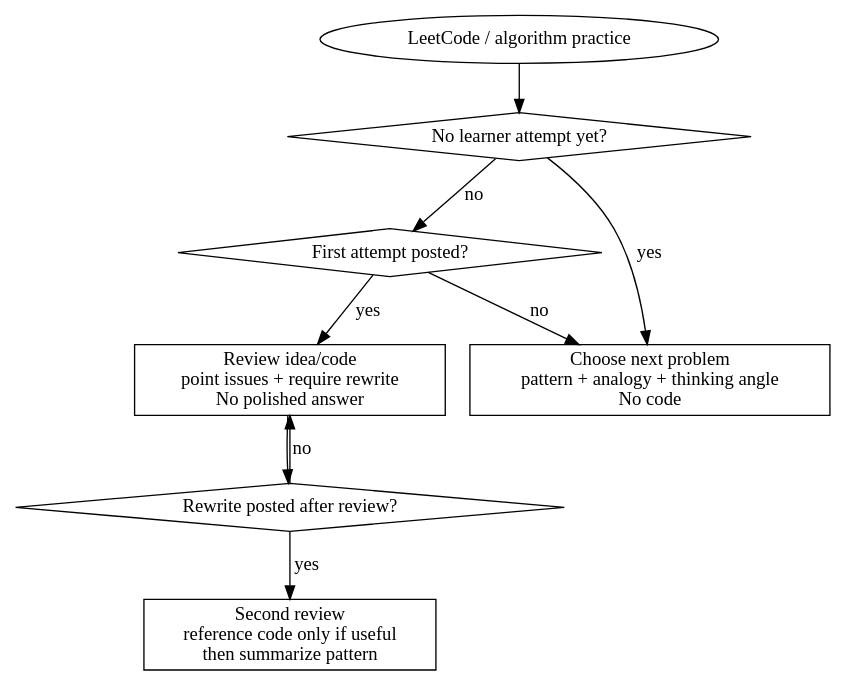
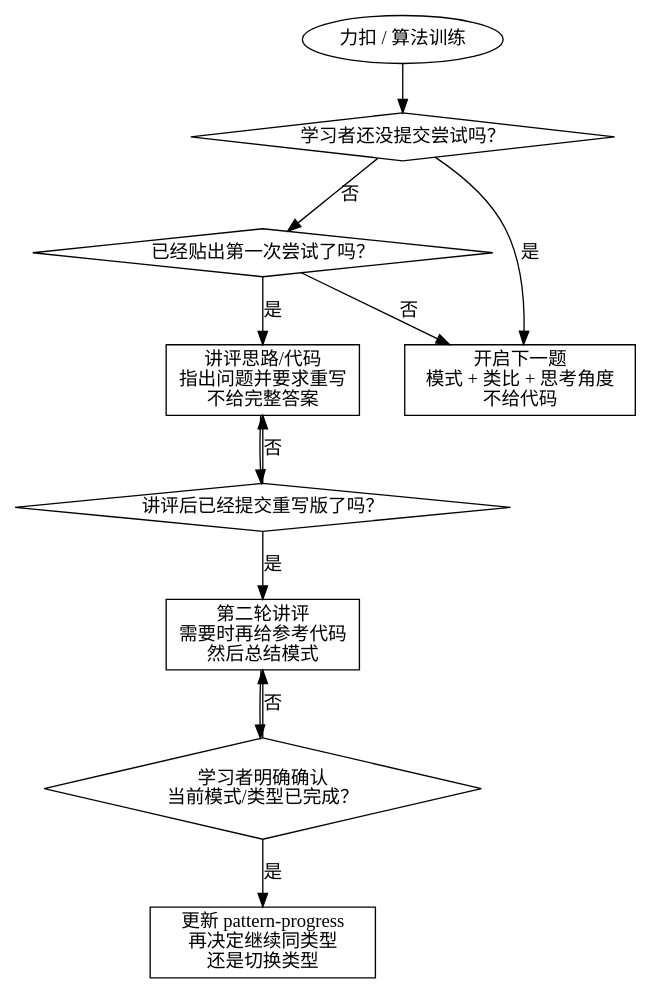
Before and after one commit to CAN1177/AI-toolkit: the diagram in skills/leetcode-coach/SKILL.md, drawn with Graphviz. The commit also changed other lines of this file and 5 other files, not shown here.

````diff
--- a/skills/leetcode-coach/SKILL.md
+++ b/skills/leetcode-coach/SKILL.md
@@ -39,21 +39,26 @@
 ```dot
 digraph coach_flow {
     rankdir=TB;
-    start [label="LeetCode / algorithm practice", shape=ellipse];
-    fresh [label="No learner attempt yet?", shape=diamond];
-    first_review [label="First attempt posted?", shape=diamond];
-    rewritten [label="Rewrite posted after review?", shape=diamond];
-    open [label="Choose next problem\npattern + analogy + thinking angle\nNo code", shape=box];
-    critique [label="Review idea/code\npoint issues + require rewrite\nNo polished answer", shape=box];
-    final [label="Second review\nreference code only if useful\nthen summarize pattern", shape=box];
+    start [label="力扣 / 算法训练", shape=ellipse];
+    fresh [label="学习者还没提交尝试吗？", shape=diamond];
+    first_review [label="已经贴出第一次尝试了吗？", shape=diamond];
+    rewritten [label="讲评后已经提交重写版了吗？", shape=diamond];
+    open [label="开启下一题\n模式 + 类比 + 思考角度\n不给代码", shape=box];
+    critique [label="讲评思路/代码\n指出问题并要求重写\n不给完整答案", shape=box];
+    final [label="第二轮讲评\n需要时再给参考代码\n然后总结模式", shape=box];
+    confirm [label="学习者明确确认\n当前模式/类型已完成？", shape=diamond];
+    log [label="更新 pattern-progress\n再决定继续同类型\n还是切换类型", shape=box];
 
     start -> fresh;
-    fresh -> open [label="yes"];
-    fresh -> first_review [label="no"];
-    first_review -> critique [label="yes"];
-    first_review -> open [label="no"];
+    fresh -> open [label="是"];
+    fresh -> first_review [label="否"];
+    first_review -> critique [label="是"];
+    first_review -> open [label="否"];
     critique -> rewritten;
-    rewritten -> final [label="yes"];
-    rewritten -> critique [label="no"];
+    rewritten -> final [label="是"];
+    rewritten -> critique [label="否"];
+    final -> confirm;
+    confirm -> log [label="是"];
+    confirm -> final [label="否"];
 }
 ```
````
